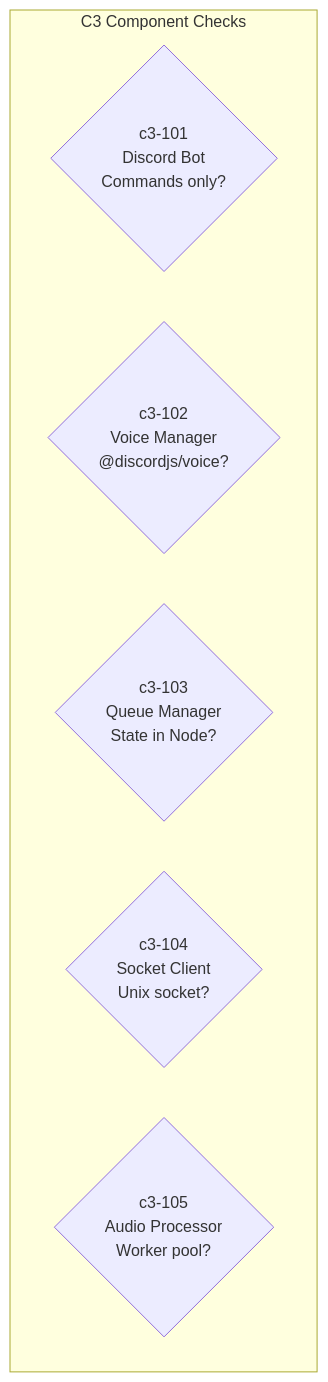
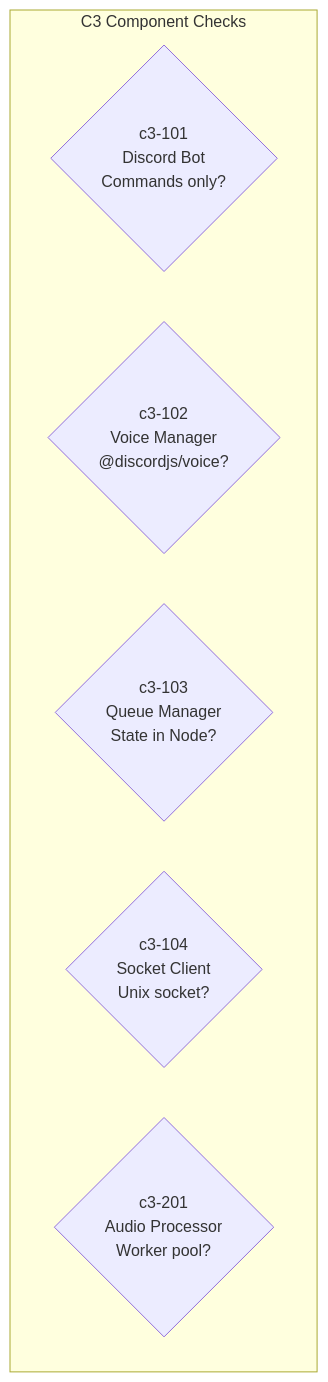
One commit to thewind121212/natashi changed the tenth of 13 diagrams in .claude/skills/topic-review/SKILL.md. Above: the diagram before and after it, drawn with Mermaid. The commit also changed other lines of this file and 992 other files, not shown here.

````diff
--- a/.claude/skills/topic-review/SKILL.md
+++ b/.claude/skills/topic-review/SKILL.md
@@ -286,10 +284,10 @@
 ```mermaid
 flowchart TB
     subgraph C3Check["C3 Component Checks"]
         C101{c3-101<br/>Discord Bot<br/>Commands only?}
         C102{c3-102<br/>Voice Manager<br/>@discordjs/voice?}
         C103{c3-103<br/>Queue Manager<br/>State in Node?}
         C104{c3-104<br/>Socket Client<br/>Unix socket?}
-        C105{c3-105<br/>Audio Processor<br/>Worker pool?}
+        C201{c3-201<br/>Audio Processor<br/>Worker pool?}
     end
 ```
````
